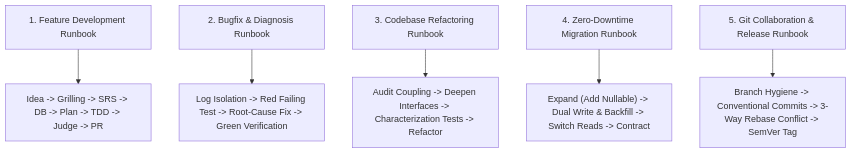
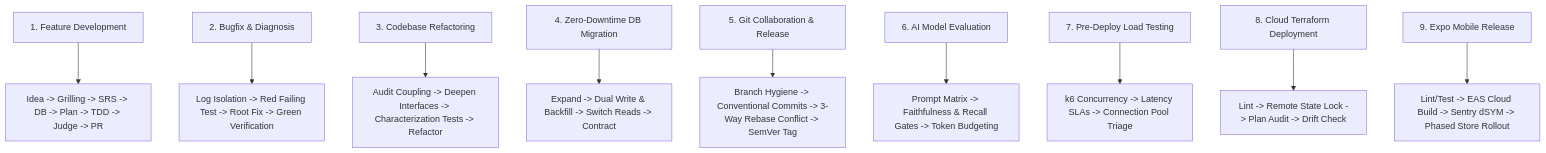
Before and after one commit to hienpham0344/Agent-kit: the diagram in README.md, drawn with Mermaid. The commit also changed other lines of this file and 3 other files, not shown here.

````diff
--- a/README.md
+++ b/README.md
@@ -21,8 +22,12 @@
 ```mermaid
 flowchart TD
-    W1["1. Feature Development Runbook"] --> D1["Idea -> Grilling -> SRS -> DB -> Plan -> TDD -> Judge -> PR"]
-    W2["2. Bugfix & Diagnosis Runbook"] --> D2["Log Isolation -> Red Failing Test -> Root-Cause Fix -> Green Verification"]
-    W3["3. Codebase Refactoring Runbook"] --> D3["Audit Coupling -> Deepen Interfaces -> Characterization Tests -> Refactor"]
-    W4["4. Zero-Downtime Migration Runbook"] --> D4["Expand (Add Nullable) -> Dual Write & Backfill -> Switch Reads -> Contract"]
-    W5["5. Git Collaboration & Release Runbook"] --> D5["Branch Hygiene -> Conventional Commits -> 3-Way Rebase Conflict -> SemVer Tag"]
+    W1["1. Feature Development"] --> D1["Idea -> Grilling -> SRS -> DB -> Plan -> TDD -> Judge -> PR"]
+    W2["2. Bugfix & Diagnosis"] --> D2["Log Isolation -> Red Failing Test -> Root Fix -> Green Verification"]
+    W3["3. Codebase Refactoring"] --> D3["Audit Coupling -> Deepen Interfaces -> Characterization Tests -> Refactor"]
+    W4["4. Zero-Downtime DB Migration"] --> D4["Expand -> Dual Write & Backfill -> Switch Reads -> Contract"]
+    W5["5. Git Collaboration & Release"] --> D5["Branch Hygiene -> Conventional Commits -> 3-Way Rebase Conflict -> SemVer Tag"]
+    W6["6. AI Model Evaluation"] --> D6["Prompt Matrix -> Faithfulness & Recall Gates -> Token Budgeting"]
+    W7["7. Pre-Deploy Load Testing"] --> D7["k6 Concurrency -> Latency SLAs -> Connection Pool Triage"]
+    W8["8. Cloud Terraform Deployment"] --> D8["Lint -> Remote State Lock -> Plan Audit -> Drift Check"]
+    W9["9. Expo Mobile Release"] --> D9["Lint/Test -> EAS Cloud Build -> Sentry dSYM -> Phased Store Rollout"]
 ```
````
